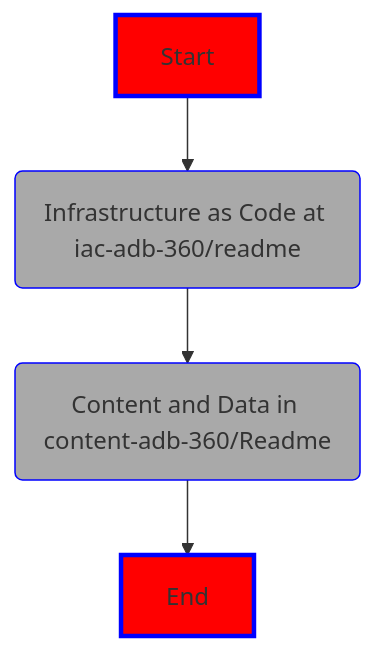
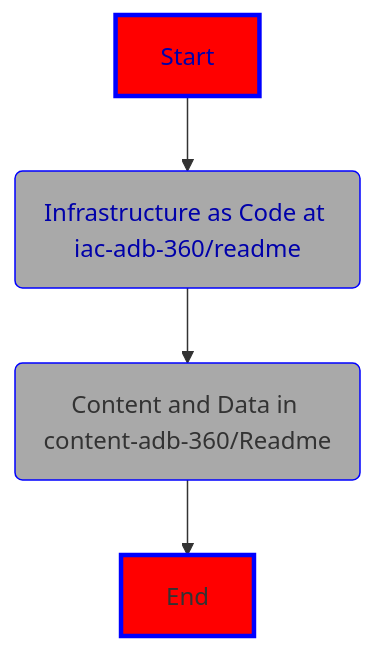
Before and after one commit to Azure/Databricks360: the diagram in README.md, drawn with Mermaid.

````diff
--- a/README.md
+++ b/README.md
@@ -30,11 +30,11 @@
 ```mermaid
 flowchart TD
 Start --> IaC(Infrastructure as Code at iac-adb-360/readme)
-style Start fill:red,stroke:blue,stroke-width:3px,shadow:shadow
+style Start fill:red,stroke:blue,stroke-width:3px,shadow:shadow,color:#0000aa
 IaC --> Content(Content and Data in content-adb-360/Readme)
-style IaC fill:darkgray,stroke:blue,stroke-witdth:3px,shadow:shadow
+style IaC fill:darkgray,stroke:blue,stroke-witdth:3px,shadow:shadow,color:#0000aa
 Content --> End
 style Content fill:darkgray,stroke:blue,stroke-witdth:3px,shadow:shadow
 style End fill:red,stroke:blue,stroke-width:3px,shadow:shadow
 
 ```
````
